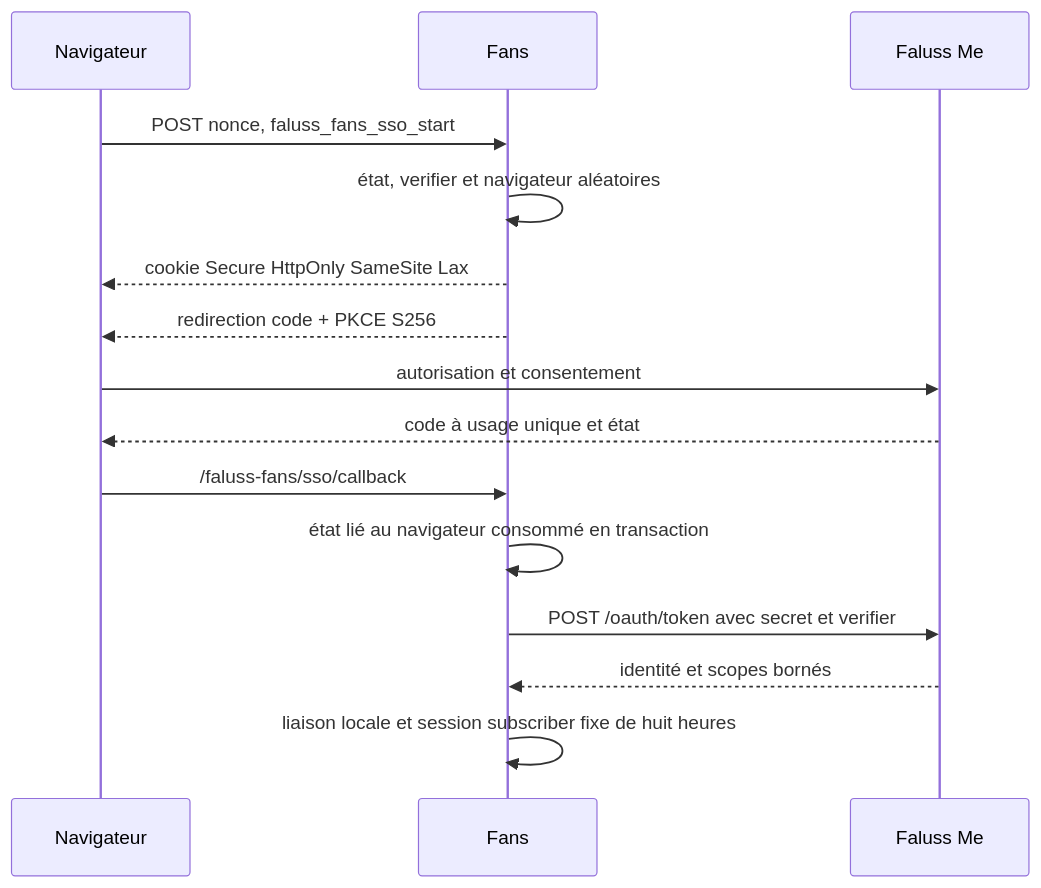
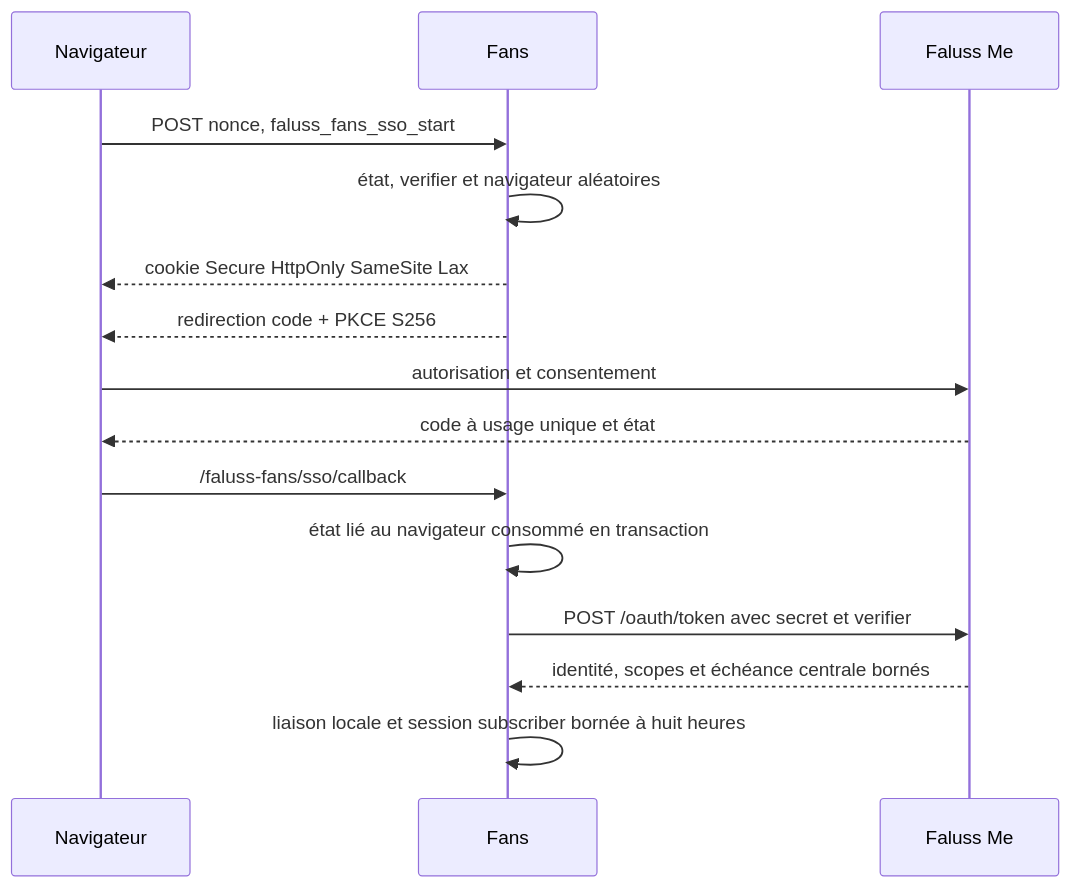
One commit to Alternative-LAB/faluss-platform changed the diagram in docs/modules/FANS-SSO.md. Above: the diagram before and after it, drawn with Mermaid. The commit also changed other lines of this file and 14 other files, not shown here.

````diff
--- a/docs/modules/FANS-SSO.md
+++ b/docs/modules/FANS-SSO.md
@@ -15,17 +15,17 @@
 ```mermaid
 sequenceDiagram
     participant B as Navigateur
     participant F as Fans
     participant M as Faluss Me
     B->>F: POST nonce, faluss_fans_sso_start
     F->>F: état, verifier et navigateur aléatoires
     F-->>B: cookie Secure HttpOnly SameSite Lax
     F-->>B: redirection code + PKCE S256
     B->>M: autorisation et consentement
     M-->>B: code à usage unique et état
     B->>F: /faluss-fans/sso/callback
     F->>F: état lié au navigateur consommé en transaction
     F->>M: POST /oauth/token avec secret et verifier
-    M-->>F: identité et scopes bornés
-    F->>F: liaison locale et session subscriber fixe de huit heures
+    M-->>F: identité, scopes et échéance centrale bornés
+    F->>F: liaison locale et session subscriber bornée à huit heures
 ```
````
